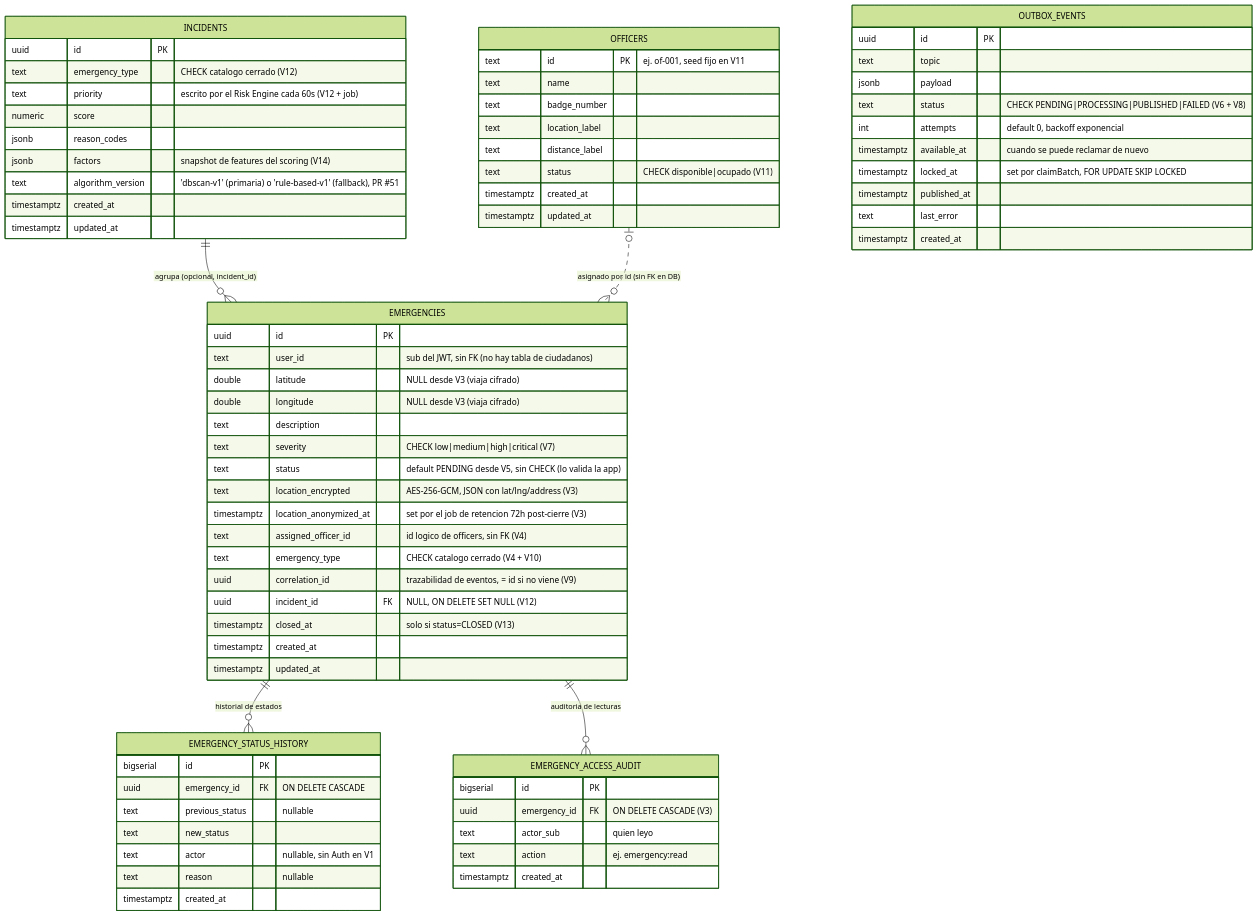
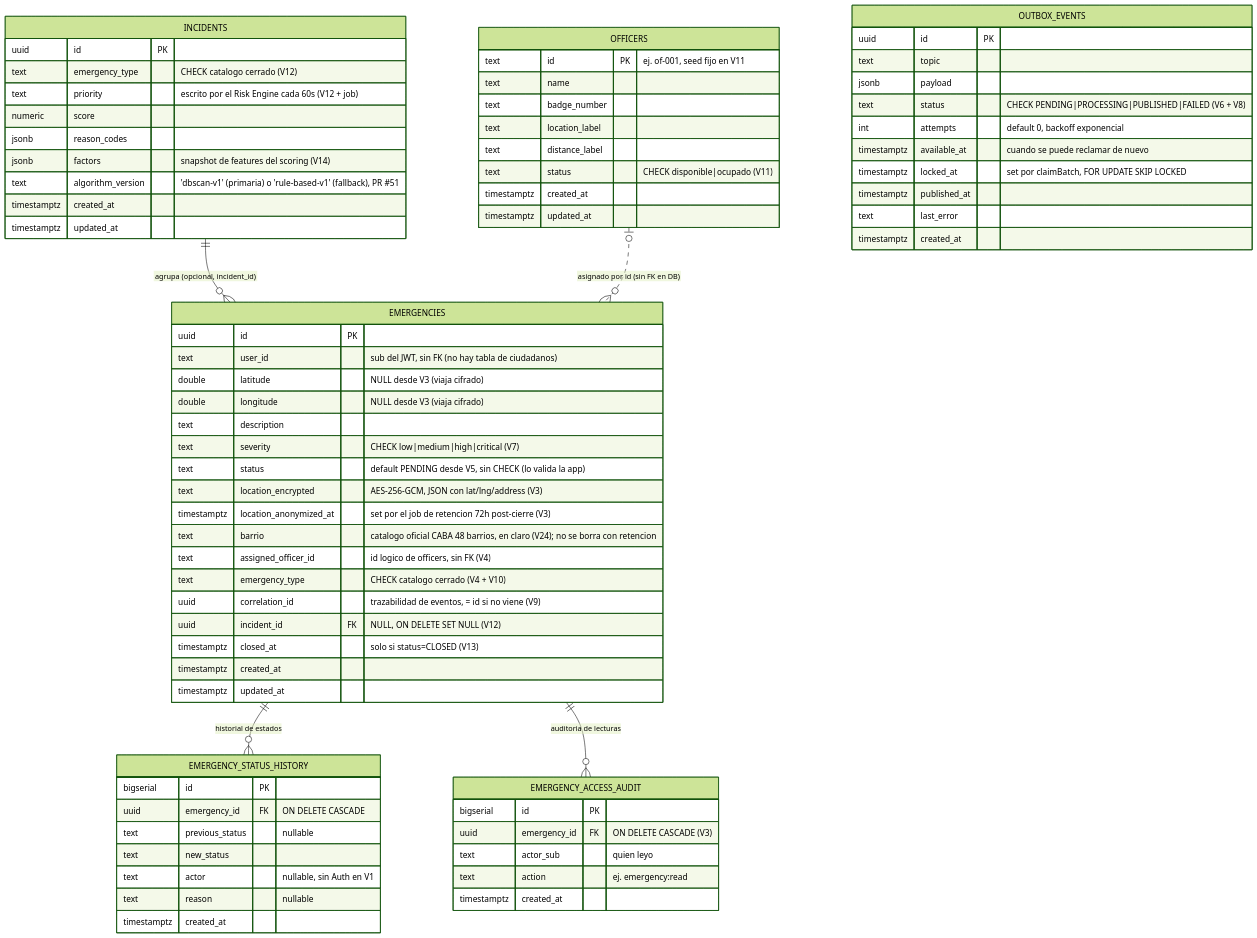
One commit to G6D2/emergencias-backend changed the diagram in docs/diagramas/02-modelo-entidad-relacion.md. Above: the diagram before and after it, drawn with Mermaid (forest theme). The commit also changed other lines of this file and 21 other files, not shown here.

First line of the commit message:
feat: barrio en claro y coords cifradas en el bus

````diff
--- a/docs/diagramas/02-modelo-entidad-relacion.md
+++ b/docs/diagramas/02-modelo-entidad-relacion.md
@@ -8,80 +8,81 @@
 ```mermaid
 erDiagram
     EMERGENCIES ||--o{ EMERGENCY_STATUS_HISTORY : "historial de estados"
     EMERGENCIES ||--o{ EMERGENCY_ACCESS_AUDIT : "auditoria de lecturas"
     INCIDENTS ||--o{ EMERGENCIES : "agrupa (opcional, incident_id)"
     OFFICERS |o..o{ EMERGENCIES : "asignado por id (sin FK en DB)"
 
     EMERGENCIES {
         uuid id PK
         text user_id "sub del JWT, sin FK (no hay tabla de ciudadanos)"
         double latitude "NULL desde V3 (viaja cifrado)"
         double longitude "NULL desde V3 (viaja cifrado)"
         text description
         text severity "CHECK low|medium|high|critical (V7)"
         text status "default PENDING desde V5, sin CHECK (lo valida la app)"
         text location_encrypted "AES-256-GCM, JSON con lat/lng/address (V3)"
         timestamptz location_anonymized_at "set por el job de retencion 72h post-cierre (V3)"
+        text barrio "catalogo oficial CABA 48 barrios, en claro (V24); no se borra con retencion"
         text assigned_officer_id "id logico de officers, sin FK (V4)"
         text emergency_type "CHECK catalogo cerrado (V4 + V10)"
         uuid correlation_id "trazabilidad de eventos, = id si no viene (V9)"
         uuid incident_id FK "NULL, ON DELETE SET NULL (V12)"
         timestamptz closed_at "solo si status=CLOSED (V13)"
         timestamptz created_at
         timestamptz updated_at
     }
 
     EMERGENCY_STATUS_HISTORY {
         bigserial id PK
         uuid emergency_id FK "ON DELETE CASCADE"
         text previous_status "nullable"
         text new_status
         text actor "nullable, sin Auth en V1"
         text reason "nullable"
         timestamptz created_at
     }
 
     EMERGENCY_ACCESS_AUDIT {
         bigserial id PK
         uuid emergency_id FK "ON DELETE CASCADE (V3)"
         text actor_sub "quien leyo"
         text action "ej. emergency:read"
         timestamptz created_at
     }
 
     OUTBOX_EVENTS {
         uuid id PK
         text topic
         jsonb payload
         text status "CHECK PENDING|PROCESSING|PUBLISHED|FAILED (V6 + V8)"
         int attempts "default 0, backoff exponencial"
         timestamptz available_at "cuando se puede reclamar de nuevo"
         timestamptz locked_at "set por claimBatch, FOR UPDATE SKIP LOCKED"
         timestamptz published_at
         text last_error
         timestamptz created_at
     }
 
     OFFICERS {
         text id PK "ej. of-001, seed fijo en V11"
         text name
         text badge_number
         text location_label
         text distance_label
         text status "CHECK disponible|ocupado (V11)"
         timestamptz created_at
         timestamptz updated_at
     }
 
     INCIDENTS {
         uuid id PK
         text emergency_type "CHECK catalogo cerrado (V12)"
         text priority "escrito por el Risk Engine cada 60s (V12 + job)"
         numeric score
         jsonb reason_codes
         jsonb factors "snapshot de features del scoring (V14)"
         text algorithm_version "'dbscan-v1' (primaria) o 'rule-based-v1' (fallback), PR #51"
         timestamptz created_at
         timestamptz updated_at
     }
 ```
````
